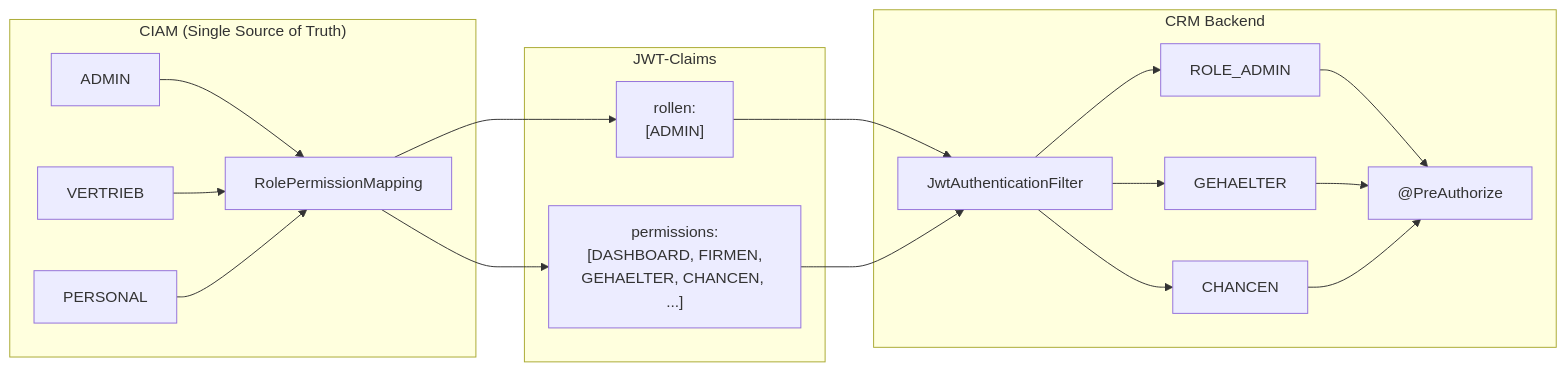
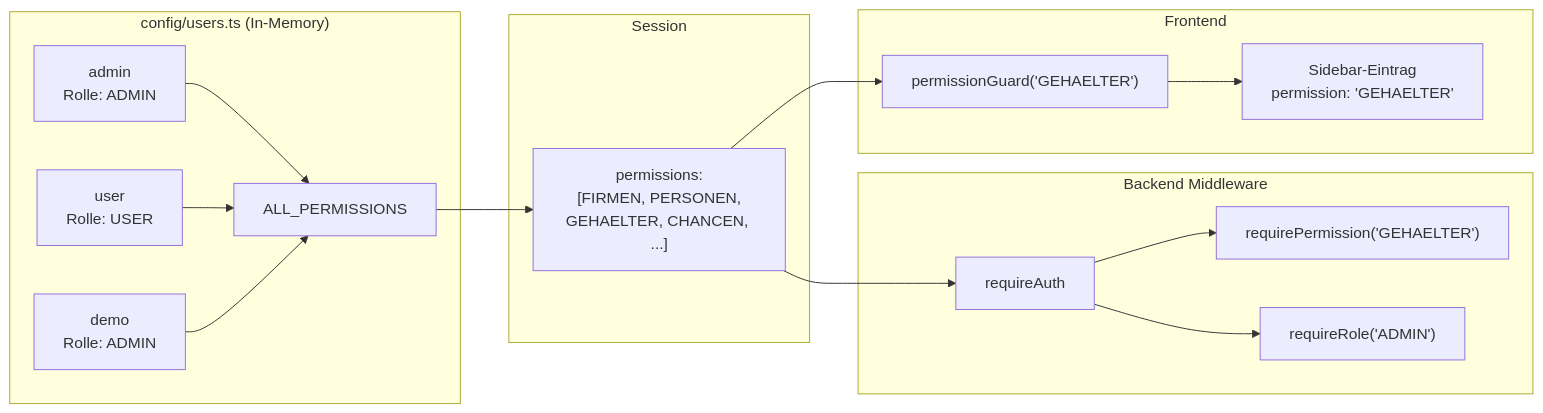
One commit to atra-consulting/coding-with-ai-lab changed the third of 8 diagrams in docs/architecture.md. Above: the diagram before and after it, drawn with Mermaid. The commit also changed other lines of this file, not shown here.

First line of the commit message:
feat: Rewrite architecture.md for Node.js/Express/SQLite stack. UPDATE-README

````diff
--- a/docs/architecture.md
+++ b/docs/architecture.md
@@ -129,28 +118,31 @@
 ```mermaid
 graph LR
-    subgraph "CIAM (Single Source of Truth)"
-        R1["ADMIN"]
-        R2["VERTRIEB"]
-        R3["PERSONAL"]
-        RPM["RolePermissionMapping"]
+    subgraph "config/users.ts (In-Memory)"
+        U1["admin<br/>Rolle: ADMIN"]
+        U2["user<br/>Rolle: USER"]
+        U3["demo<br/>Rolle: ADMIN"]
+        AP["ALL_PERMISSIONS"]
     end
 
-    subgraph "JWT-Claims"
-        RC["rollen:<br/>[ADMIN]"]
-        PC["permissions:<br/>[DASHBOARD, FIRMEN,<br/>GEHAELTER, CHANCEN, ...]"]
+    subgraph "Session"
+        SC["permissions:<br/>[FIRMEN, PERSONEN,<br/>GEHAELTER, CHANCEN, ...]"]
     end
 
-    subgraph "CRM Backend"
-        AF["JwtAuthenticationFilter"]
-        AU1["ROLE_ADMIN"]
-        AU2["GEHAELTER"]
-        AU3["CHANCEN"]
-        PA["@PreAuthorize"]
+    subgraph "Backend Middleware"
+        RA["requireAuth"]
+        RP["requirePermission('GEHAELTER')"]
+        RR["requireRole('ADMIN')"]
     end
 
-    R1 & R2 & R3 --> RPM
-    RPM --> RC & PC
-    RC & PC --> AF
-    AF --> AU1 & AU2 & AU3
-    AU1 & AU2 & AU3 --> PA
+    subgraph "Frontend"
+        PG["permissionGuard('GEHAELTER')"]
+        SI["Sidebar-Eintrag<br/>permission: 'GEHAELTER'"]
+    end
+
+    U1 & U2 & U3 --> AP
+    AP --> SC
+    SC --> RA
+    RA --> RP & RR
+    SC --> PG
+    PG --> SI
 ```
````
